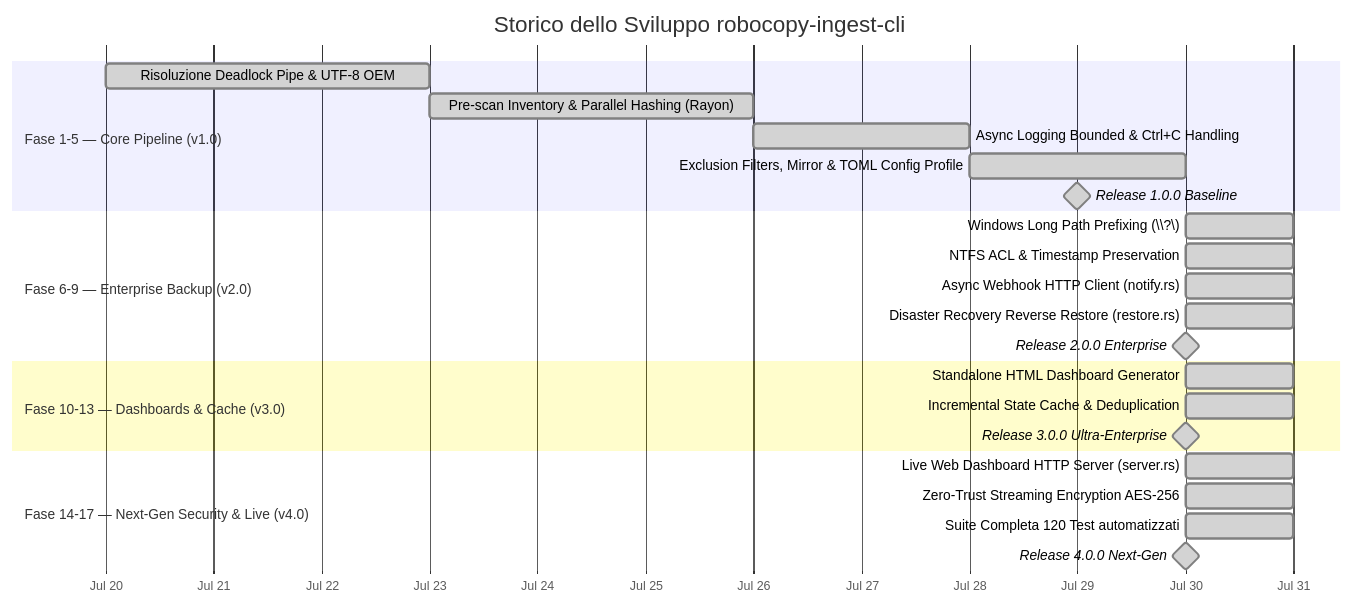
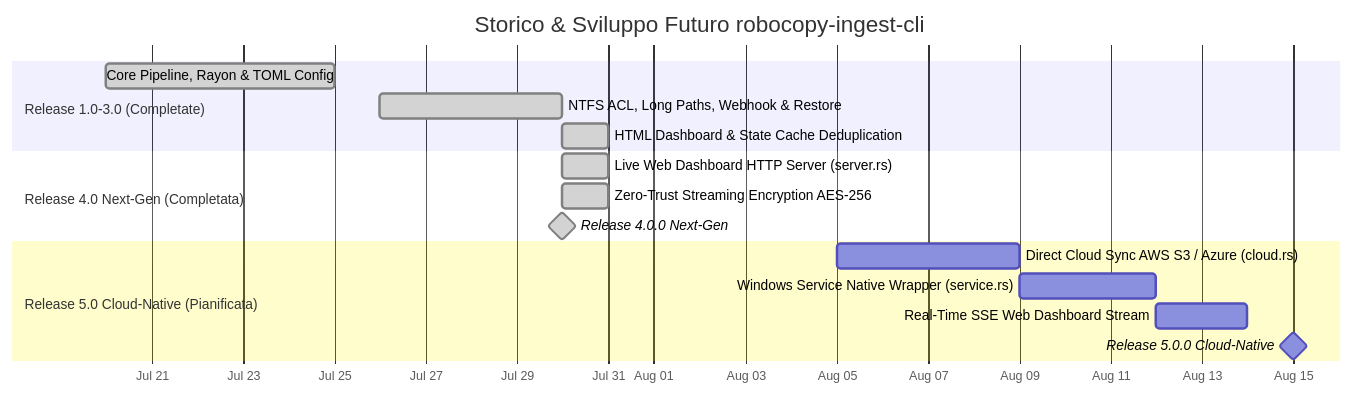
Before and after one commit to matrixNeo76/rustcopy: the diagram in ROADMAP.md, drawn with Mermaid. The commit also changed other lines of this file and 2 other files, not shown here.

Commit message:
Update ANALYSIS.md, ROADMAP.md, and README.md with v5.0 Cloud-Native expansion analysis

````diff
--- a/ROADMAP.md
+++ b/ROADMAP.md
@@ -9,31 +9,22 @@
 ```mermaid
 gantt
-    title Storico dello Sviluppo robocopy-ingest-cli
+    title Storico & Sviluppo Futuro robocopy-ingest-cli
     dateFormat YYYY-MM-DD
     axisFormat %b %d
 
-    section Fase 1-5 — Core Pipeline (v1.0)
-    Risoluzione Deadlock Pipe & UTF-8 OEM          :done, f1, 2026-07-20, 3d
-    Pre-scan Inventory & Parallel Hashing (Rayon)  :done, f2, 2026-07-23, 3d
-    Async Logging Bounded & Ctrl+C Handling        :done, f3, 2026-07-26, 2d
-    Exclusion Filters, Mirror & TOML Config Profile:done, f4, 2026-07-28, 2d
-    Release 1.0.0 Baseline                         :done, milestone, 2026-07-29, 0d
+    section Release 1.0-3.0 (Completate)
+    Core Pipeline, Rayon & TOML Config         :done, f1, 2026-07-20, 5d
+    NTFS ACL, Long Paths, Webhook & Restore     :done, f2, 2026-07-26, 4d
+    HTML Dashboard & State Cache Deduplication  :done, f3, 2026-07-30, 1d
 
-    section Fase 6-9 — Enterprise Backup (v2.0)
-    Windows Long Path Prefixing (\\?\)             :done, f6, 2026-07-30, 1d
-    NTFS ACL & Timestamp Preservation              :done, f7, 2026-07-30, 1d
-    Async Webhook HTTP Client (notify.rs)          :done, f8, 2026-07-30, 1d
-    Disaster Recovery Reverse Restore (restore.rs) :done, f9, 2026-07-30, 1d
-    Release 2.0.0 Enterprise                       :done, milestone, 2026-07-30, 0d
+    section Release 4.0 Next-Gen (Completata)
+    Live Web Dashboard HTTP Server (server.rs)  :done, f14, 2026-07-30, 1d
+    Zero-Trust Streaming Encryption AES-256     :done, f15, 2026-07-30, 1d
+    Release 4.0.0 Next-Gen                      :done, milestone, 2026-07-30, 0d
 
-    section Fase 10-13 — Dashboards & Cache (v3.0)
-    Standalone HTML Dashboard Generator            :done, f10, 2026-07-30, 1d
-    Incremental State Cache & Deduplication        :done, f11, 2026-07-30, 1d
-    Release 3.0.0 Ultra-Enterprise                 :done, milestone, 2026-07-30, 0d
-
-    section Fase 14-17 — Next-Gen Security & Live (v4.0)
-    Live Web Dashboard HTTP Server (server.rs)     :done, f14, 2026-07-30, 1d
-    Zero-Trust Streaming Encryption AES-256        :done, f15, 2026-07-30, 1d
-    Suite Completa 120 Test automatizzati          :done, f16, 2026-07-30, 1d
-    Release 4.0.0 Next-Gen                         :done, milestone, 2026-07-30, 0d
+    section Release 5.0 Cloud-Native (Pianificata)
+    Direct Cloud Sync AWS S3 / Azure (cloud.rs) :f18, 2026-08-05, 4d
+    Windows Service Native Wrapper (service.rs) :f19, 2026-08-09, 3d
+    Real-Time SSE Web Dashboard Stream          :f20, 2026-08-12, 2d
+    Release 5.0.0 Cloud-Native                  :milestone, 2026-08-15, 0d
 ```
````
